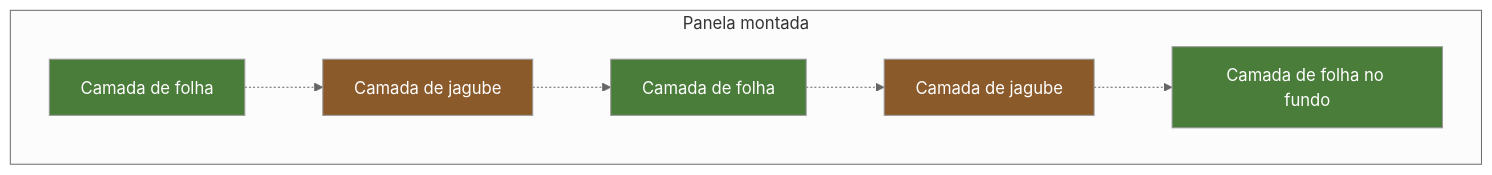
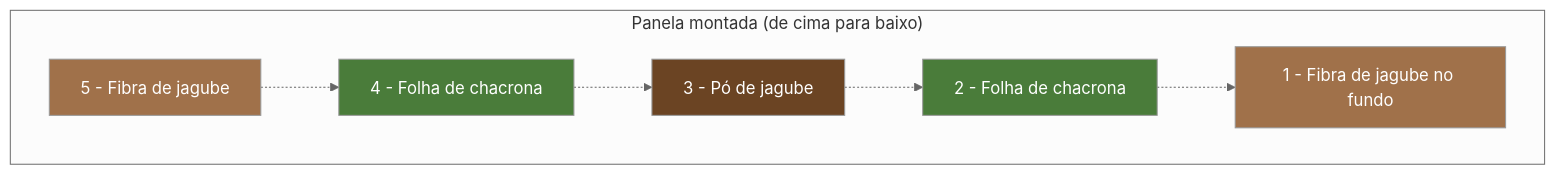
The fourth of 15 diagrams in projeto/tutorial-producao-daime.md (nitaibezerra/gestao-feitio), drawn with Mermaid (neutral theme) before and after one commit. The commit also changed other lines of this file and 2 other files, not shown here.

````diff
--- a/projeto/tutorial-producao-daime.md
+++ b/projeto/tutorial-producao-daime.md
@@ -144,17 +163,17 @@
 ```mermaid
 flowchart TB
-    subgraph PANELA["Panela montada"]
-        L5[Camada de folha]
-        L4[Camada de jagube]
-        L3[Camada de folha]
-        L2[Camada de jagube]
-        L1[Camada de folha no fundo]
+    subgraph PANELA["Panela montada (de cima para baixo)"]
+        L5[5 - Fibra de jagube]
+        L4[4 - Folha de chacrona]
+        L3[3 - Pó de jagube]
+        L2[2 - Folha de chacrona]
+        L1[1 - Fibra de jagube no fundo]
     end
     L5 -.-> L4 -.-> L3 -.-> L2 -.-> L1
 
-    style L1 fill:#4a7c3a,color:#fff
-    style L3 fill:#4a7c3a,color:#fff
-    style L5 fill:#4a7c3a,color:#fff
-    style L2 fill:#8b5a2b,color:#fff
-    style L4 fill:#8b5a2b,color:#fff
+    style L1 fill:#a0714a,color:#fff
+    style L5 fill:#a0714a,color:#fff
+    style L2 fill:#4a7c3a,color:#fff
+    style L4 fill:#4a7c3a,color:#fff
+    style L3 fill:#6b4423,color:#fff
 ```
````
